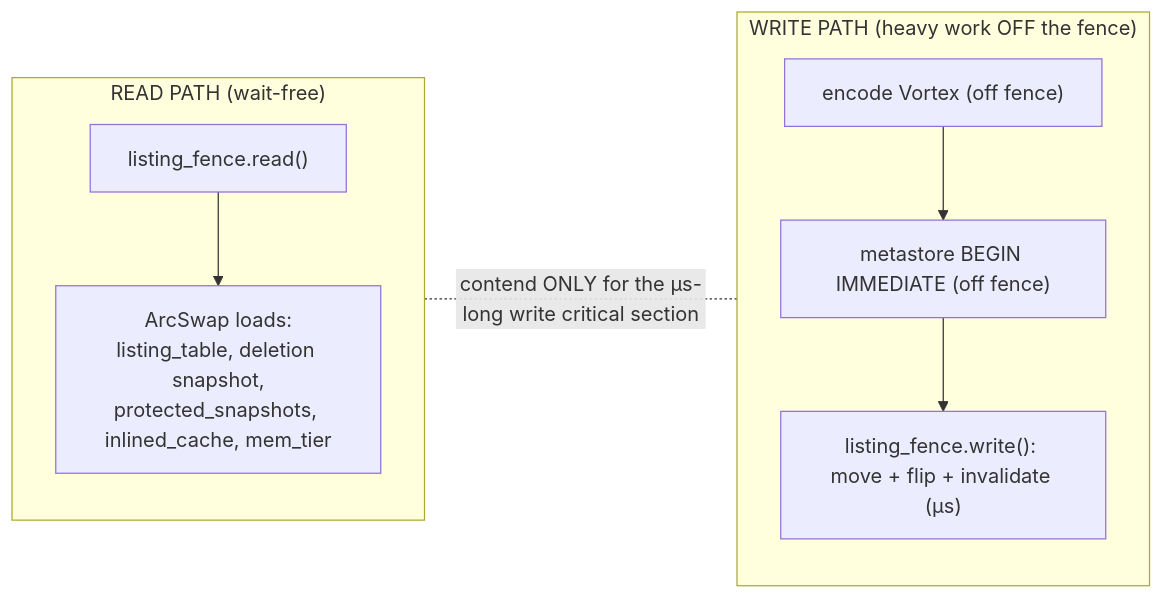
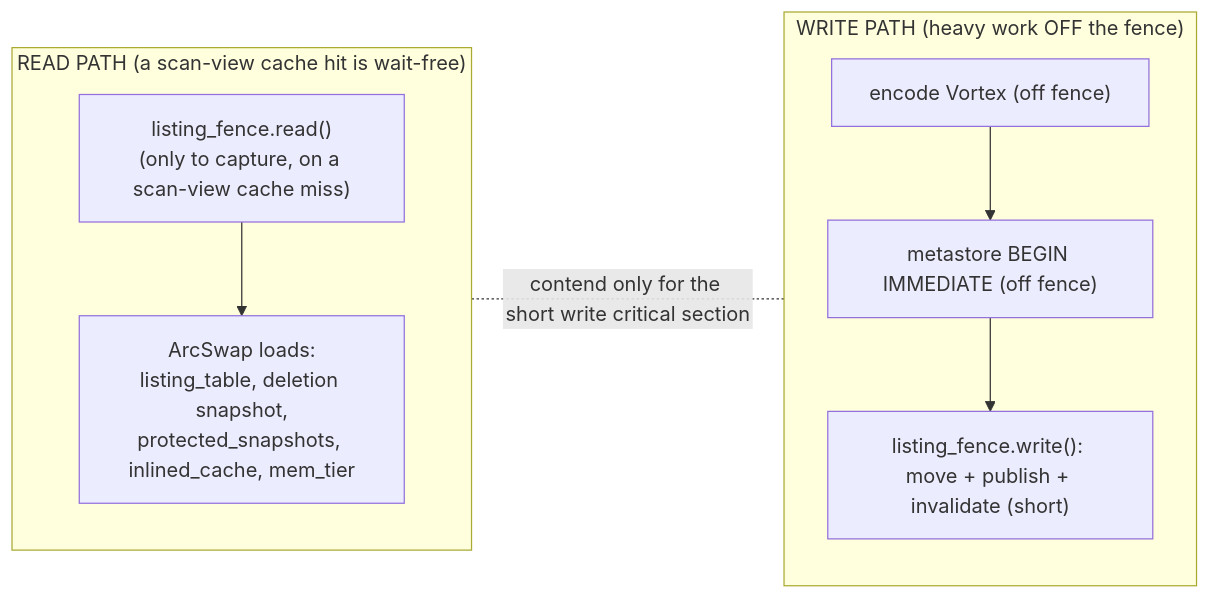
Before and after one commit to spiceai/spiceai: the eighth of 22 diagrams in docs/cayenne/cayenne.md, drawn with Mermaid. The commit also changed other lines of this file and 3 other files, not shown here.

````diff
--- a/docs/cayenne/cayenne.md
+++ b/docs/cayenne/cayenne.md
@@ -511,12 +515,12 @@
 ```mermaid
 flowchart LR
-    subgraph READ["READ PATH (wait-free)"]
+    subgraph READ["READ PATH (a scan-view cache hit is wait-free)"]
         direction TB
-        RL["listing_fence.read()"] --> RA["ArcSwap loads:<br/>listing_table, deletion snapshot,<br/>protected_snapshots, inlined_cache, mem_tier"]
+        RL["listing_fence.read()<br/>(only to capture, on a scan-view cache miss)"] --> RA["ArcSwap loads:<br/>listing_table, deletion snapshot,<br/>protected_snapshots, inlined_cache, mem_tier"]
     end
     subgraph WRITE["WRITE PATH (heavy work OFF the fence)"]
         direction TB
-        WE["encode Vortex (off fence)"] --> WM["metastore BEGIN IMMEDIATE (off fence)"] --> WF["listing_fence.write(): move + flip + invalidate (µs)"]
+        WE["encode Vortex (off fence)"] --> WM["metastore BEGIN IMMEDIATE (off fence)"] --> WF["listing_fence.write(): move + publish + invalidate (short)"]
     end
-    READ -. "contend ONLY for the µs-long write critical section" .- WRITE
+    READ -. "contend only for the short write critical section" .- WRITE
 ```
````
